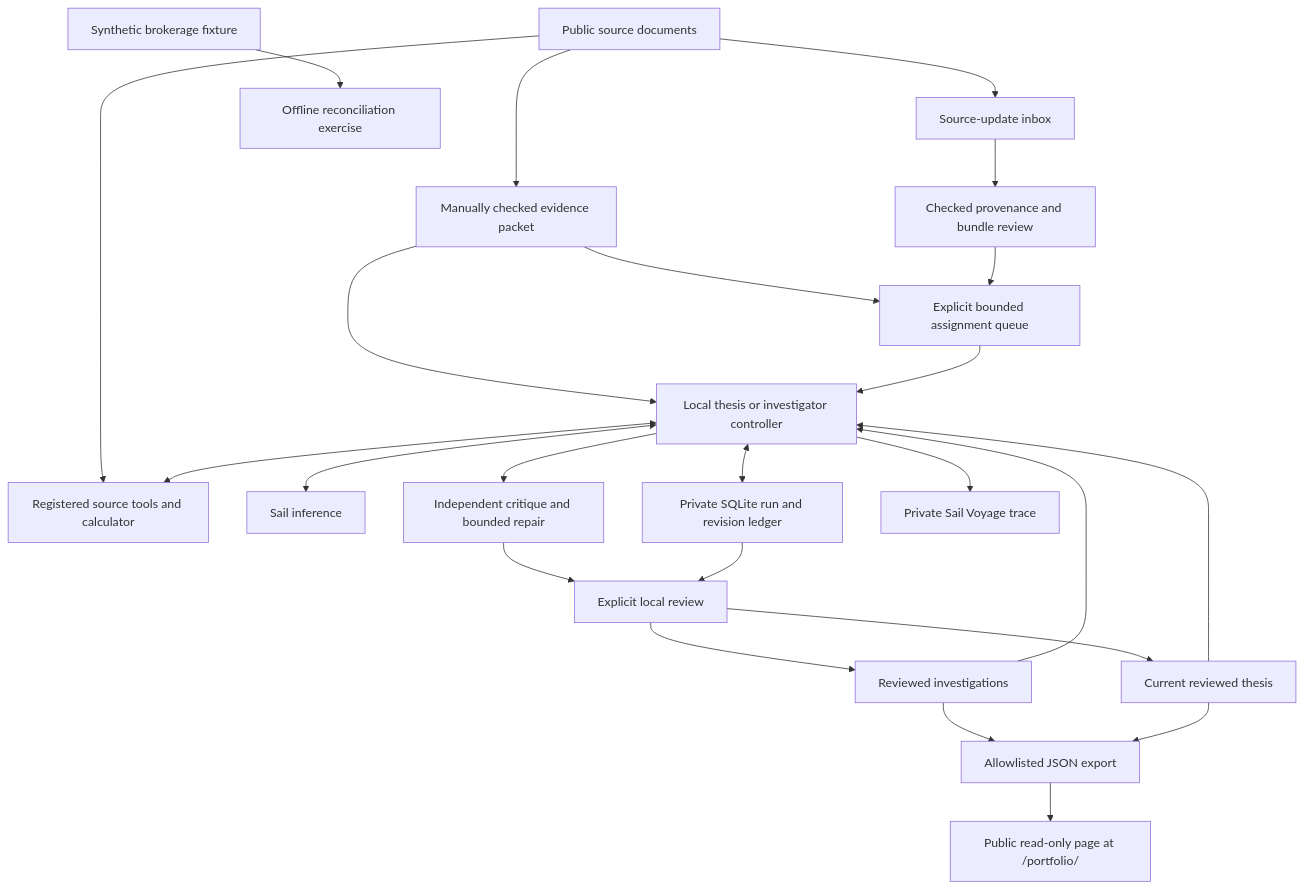
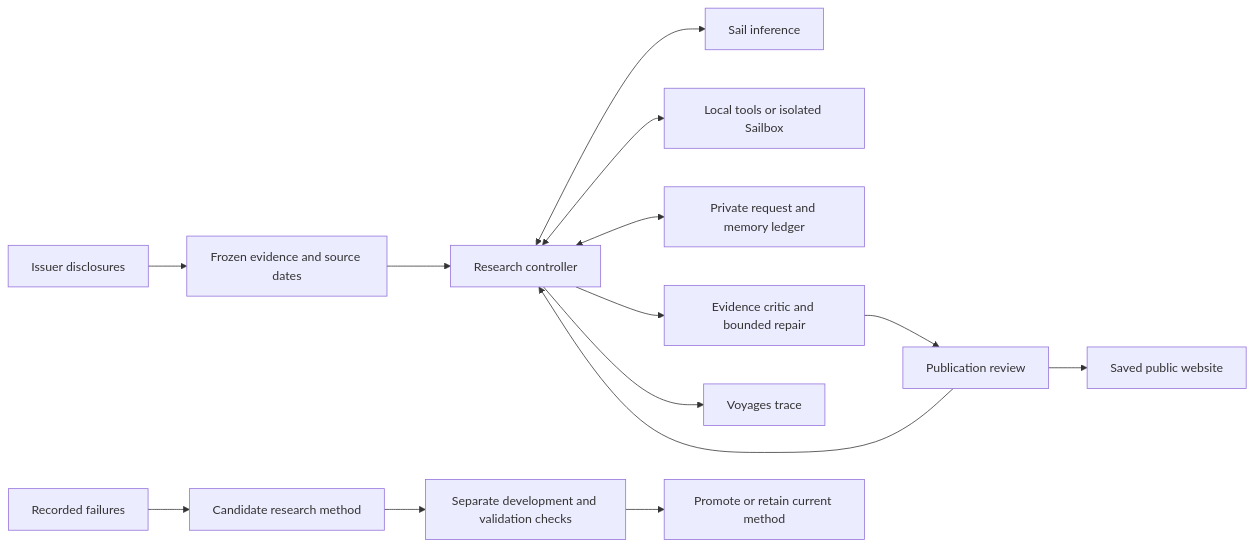
Before and after one commit to bwoods1998/long-term-capital-management: the diagram in docs/ARCHITECTURE.md, drawn with Mermaid. The commit also changed other lines of this file and 42 other files, not shown here.

Commit message:
Add measured critic improvement and AI-stack research workflows

````diff
--- a/docs/ARCHITECTURE.md
+++ b/docs/ARCHITECTURE.md
@@ -7,26 +8,16 @@
 ```mermaid
-flowchart TD
-    Sources[Public source documents] --> Packet[Manually checked evidence packet]
-    Packet --> Research[Local thesis or investigator controller]
-    Packet --> Queue[Explicit bounded assignment queue]
-    Sources --> Watch[Source-update inbox]
-    Watch --> Bundle[Checked provenance and bundle review]
-    Bundle --> Queue
-    Queue --> Research
-    Sources --> Tools[Registered source tools and calculator]
-    Research <--> Tools
-    Research <--> Sail[Sail inference]
-    Research <--> Store[Private SQLite run and revision ledger]
-    Research --> Critic[Independent critique and bounded repair]
-    Critic --> Review
-    Store --> Review[Explicit local review]
-    Review --> Head[Current reviewed thesis]
-    Head --> Research
-    Review --> Reports[Reviewed investigations]
-    Reports --> Research
-    Reports --> Export
-    Research --> Voyage[Private Sail Voyage trace]
-    Head --> Export[Allowlisted JSON export]
-    Export --> Site[Public read-only page at /portfolio/]
-    Fixture[Synthetic brokerage fixture] --> Demo[Offline reconciliation exercise]
+flowchart LR
+    Sources[Issuer disclosures] --> Evidence[Frozen evidence and source dates]
+    Evidence --> Agent[Research controller]
+    Agent <--> Sail[Sail inference]
+    Agent <--> Tools[Local tools or isolated Sailbox]
+    Agent <--> Ledger[Private request and memory ledger]
+    Agent --> Critic[Evidence critic and bounded repair]
+    Critic --> Review[Publication review]
+    Review --> Site[Saved public website]
+    Review --> Agent
+    Agent --> Voyage[Voyages trace]
+    Failures[Recorded failures] --> Candidate[Candidate research method]
+    Candidate --> Gate[Separate development and validation checks]
+    Gate --> Champion[Promote or retain current method]
 ```
````
